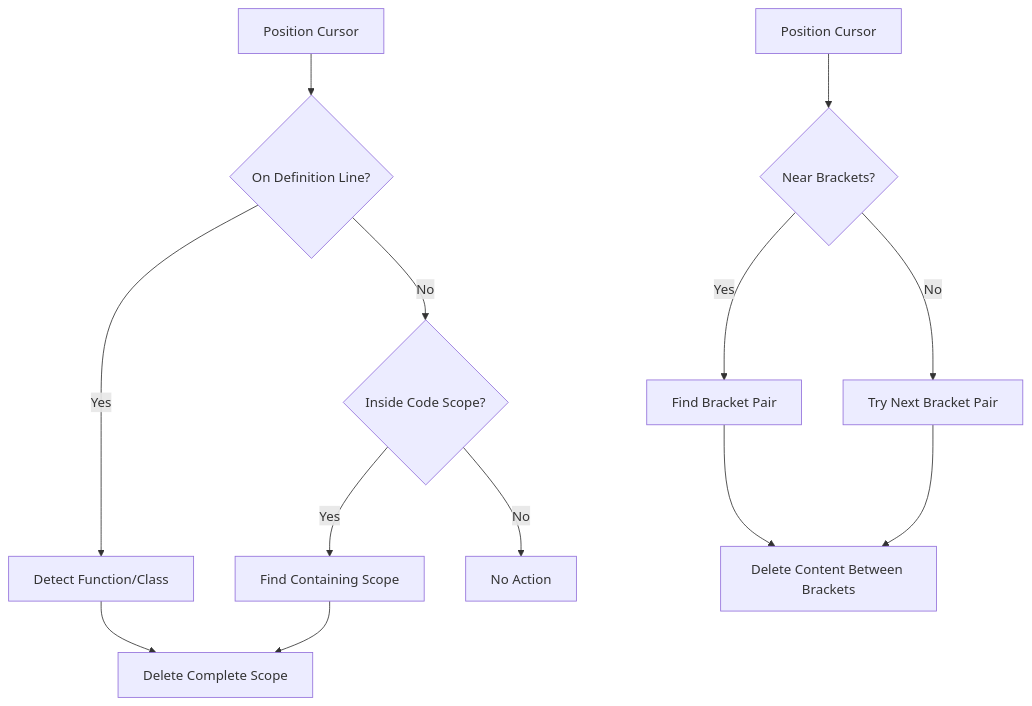
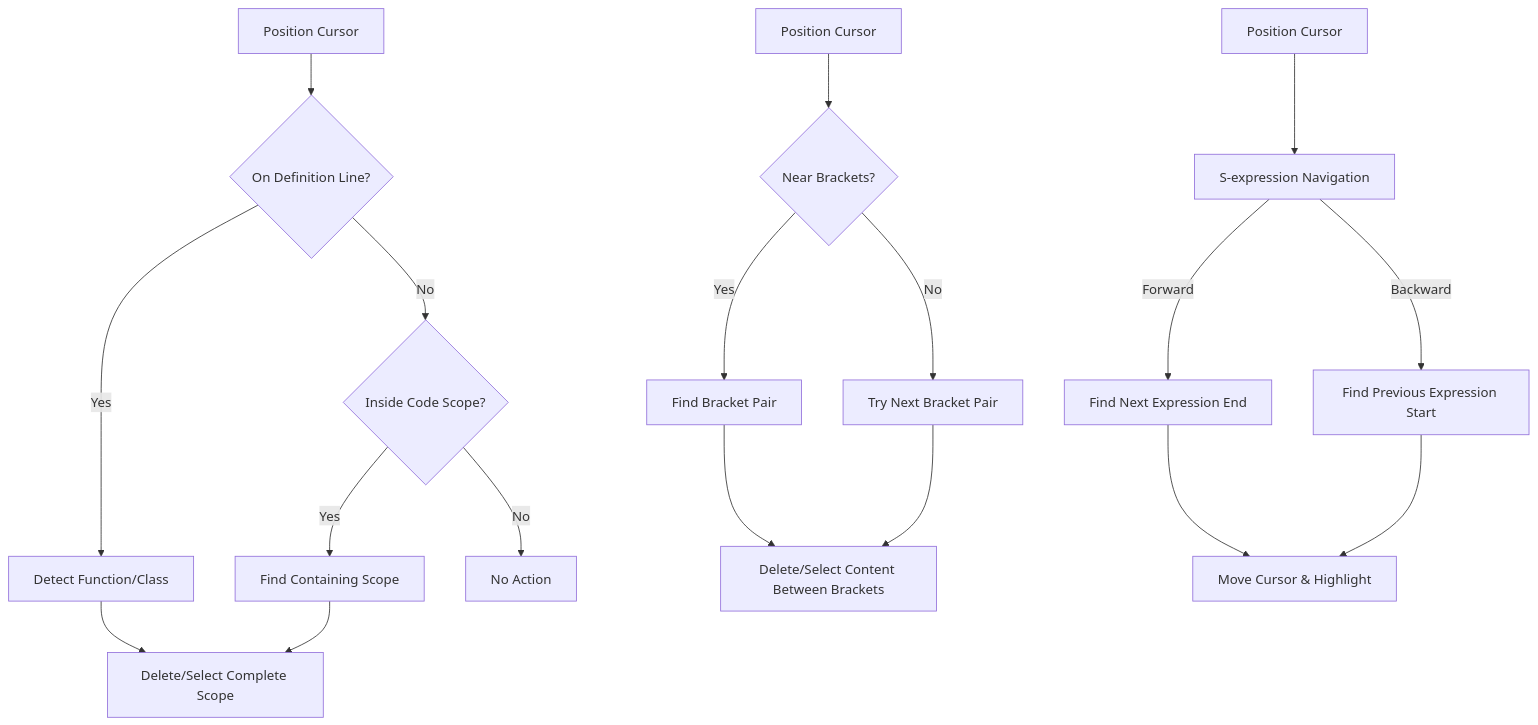
One commit to zenzjtech/vscode-utilities changed the diagram in README.md. Above: the diagram before and after it, drawn with Mermaid. The commit also changed other lines of this file, not shown here.

````diff
--- a/README.md
+++ b/README.md
@@ -52,16 +68,22 @@
 ```mermaid
 flowchart TD
     A[Position Cursor] --> B{On Definition Line?}
     B -->|Yes| C[Detect Function/Class]
     B -->|No| D{Inside Code Scope?}
     D -->|Yes| E[Find Containing Scope]
     D -->|No| F[No Action]
-    C --> G[Delete Complete Scope]
+    C --> G[Delete/Select Complete Scope]
     E --> G
     
     H[Position Cursor] --> I{Near Brackets?}
     I -->|Yes| J[Find Bracket Pair]
     I -->|No| K[Try Next Bracket Pair]
-    J --> L[Delete Content Between Brackets]
+    J --> L[Delete/Select Content Between Brackets]
     K --> L
+
+    M[Position Cursor] --> N[S-expression Navigation]
+    N -->|Forward| O[Find Next Expression End]
+    N -->|Backward| P[Find Previous Expression Start]
+    O --> Q[Move Cursor & Highlight]
+    P --> Q
 ```
````
